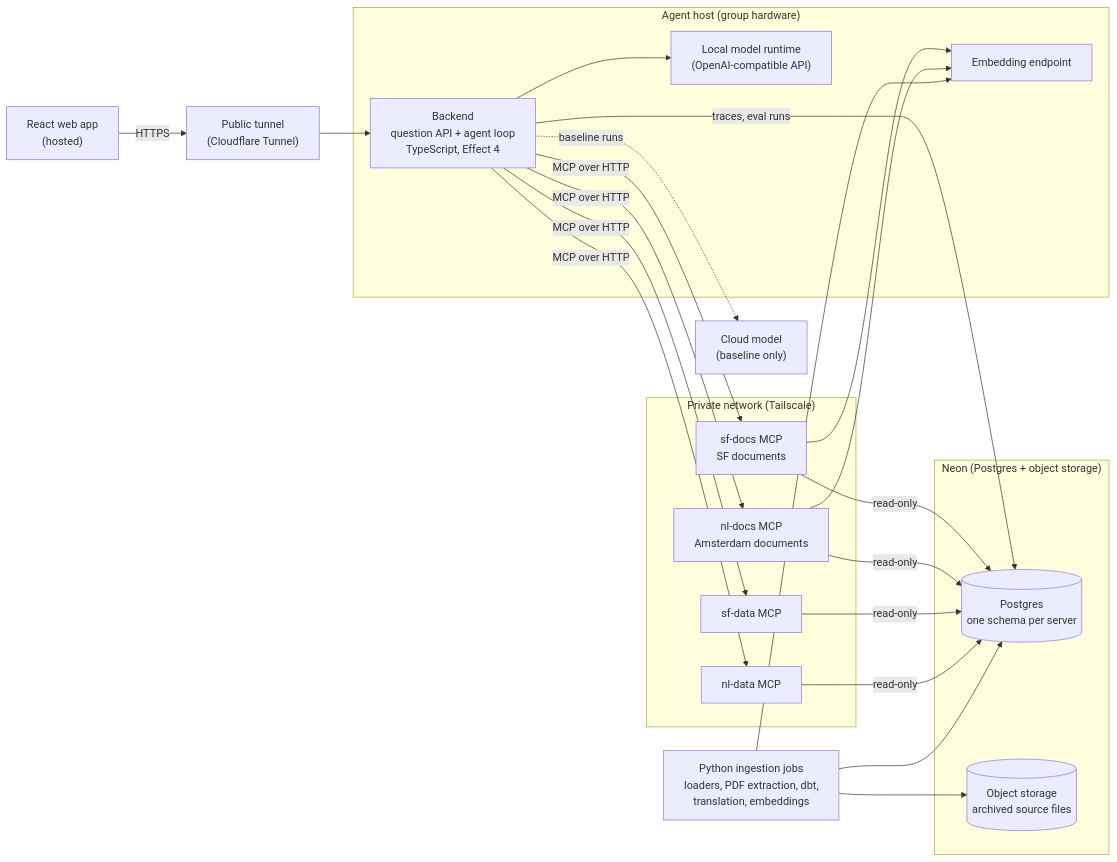
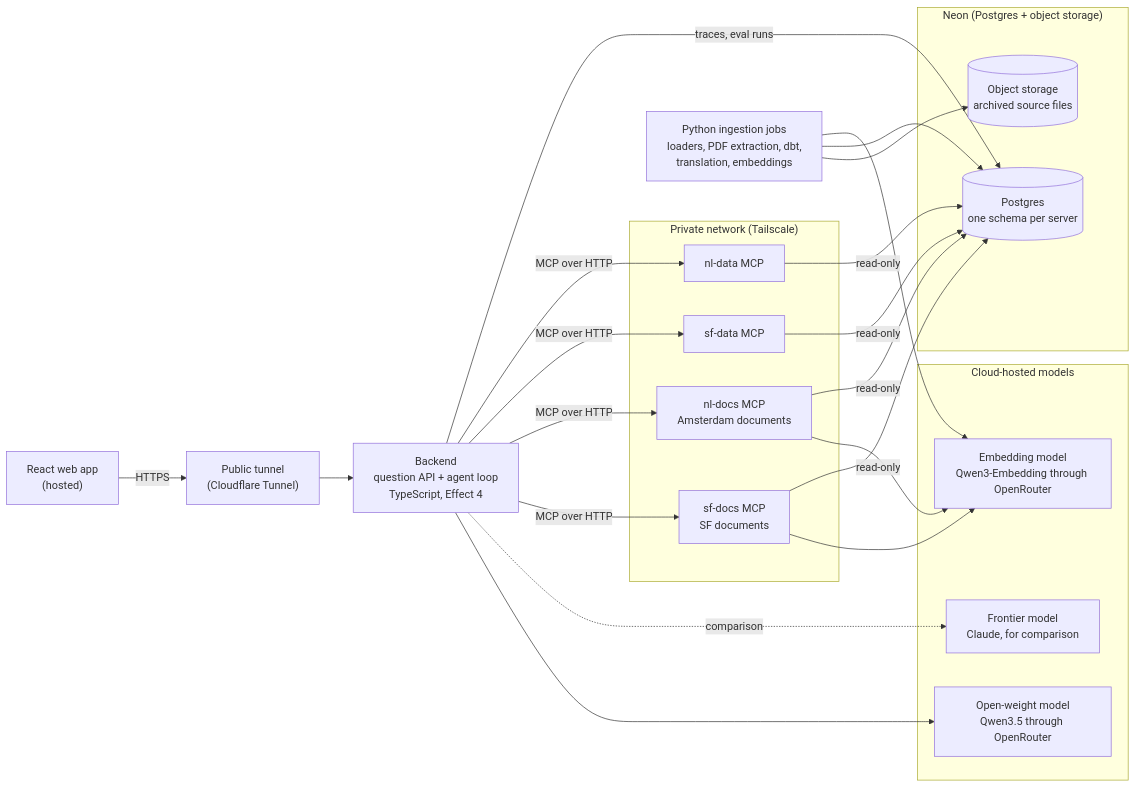
Before and after one commit to mollyegibson/policy-huis: the diagram in README.md, drawn with Mermaid. The commit also changed other lines of this file and 31 other files, not shown here.

````diff
--- a/README.md
+++ b/README.md
@@ -23,38 +23,38 @@
 ```mermaid
 flowchart LR
     web["React web app<br/>(hosted)"]
     tunnel["Public tunnel<br/>(Cloudflare Tunnel)"]
 
-    subgraph host["Agent host (group hardware)"]
-        agent["Backend<br/>question API + agent loop<br/>TypeScript, Effect 4"]
-        llm["Local model runtime<br/>(OpenAI-compatible API)"]
-        emb["Embedding endpoint"]
+    agent["Backend<br/>question API + agent loop<br/>TypeScript, Effect 4"]
+
+    subgraph models["Cloud-hosted models"]
+        llm["Open-weight model<br/>Qwen3.5 through OpenRouter"]
+        cloud["Frontier model<br/>Claude, for comparison"]
+        emb["Embedding model<br/>Qwen3-Embedding through OpenRouter"]
     end
-
-    cloud["Cloud model<br/>(baseline only)"]
 
     subgraph mesh["Private network (Tailscale)"]
         lt_sf["sf-docs MCP<br/>SF documents"]
         lt_ams["nl-docs MCP<br/>Amsterdam documents"]
         d_sf["sf-data MCP"]
         d_ams["nl-data MCP"]
     end
 
     subgraph neon["Neon (Postgres + object storage)"]
         pg[("Postgres<br/>one schema per server")]
         obj[("Object storage<br/>archived source files")]
     end
 
     pipe["Python ingestion jobs<br/>loaders, PDF extraction, dbt,<br/>translation, embeddings"]
 
     web -- HTTPS --> tunnel --> agent
     agent --> llm
-    agent -. baseline runs .-> cloud
+    agent -. comparison .-> cloud
     agent -- MCP over HTTP --> lt_sf & lt_ams & d_sf & d_ams
     lt_sf & lt_ams --> emb
     lt_sf & lt_ams & d_sf & d_ams -- read-only --> pg
     pipe --> obj
     pipe --> pg
     pipe --> emb
     agent -- traces, eval runs --> pg
 ```
````
